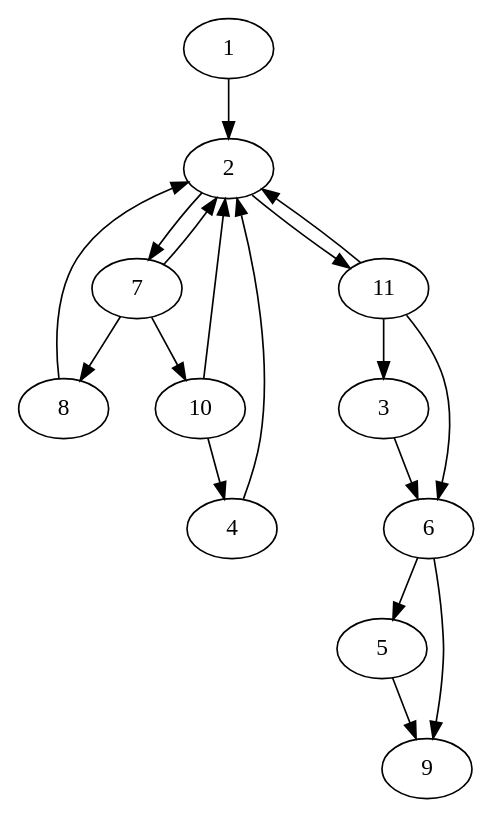
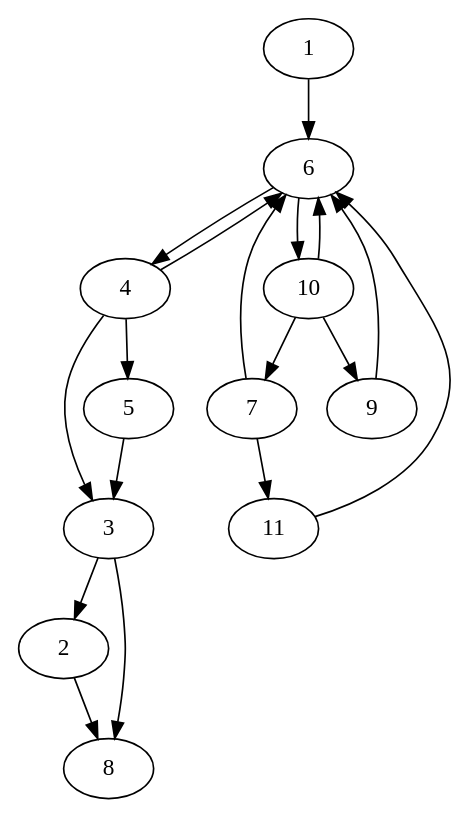
One commit to lifelike/gamebookformat changed the diagram in expected/items.dot. Above: the diagram before and after it, drawn with Graphviz. The commit also changed 36 other files, not shown here.

```diff
--- a/expected/items.dot
+++ b/expected/items.dot
@@ -1,27 +1,27 @@
 digraph gamebook {
 
- 1->2
-2->7
+ 1->6
+2->8
+3->2
 
-2->11
-3->6
-4->2
-5->9
-6->5
+3->8
+4->5
 
-6->9
-7->8
+4->3
 
-7->2
+4->6
+5->3
+6->4
 
-7->10
-8->2
-10->2
+6->10
+7->6
 
-10->4
-11->2
+7->11
+9->6
+10->9
 
+10->6
+
+10->7
 11->6
-
-11->3
 }
```
